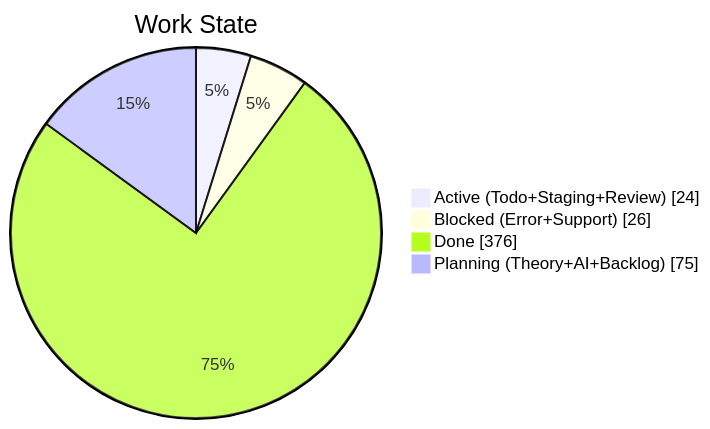
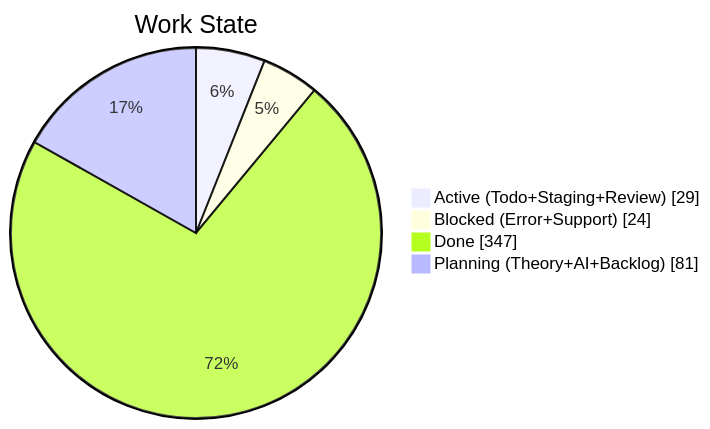
The second of 4 diagrams in apps/kbve/astro-kbve/src/content/docs/dashboard/kanban-data.mdx (KBVE/kbve), drawn with Mermaid before and after one commit. The commit also changed other lines of this file and 8 other files, not shown here.

````diff
--- a/apps/kbve/astro-kbve/src/content/docs/dashboard/kanban-data.mdx
+++ b/apps/kbve/astro-kbve/src/content/docs/dashboard/kanban-data.mdx
@@ -68,8 +68,8 @@
 ```mermaid
 pie showData
     title Work State
-    "Active (Todo+Staging+Review)" : 24
-    "Blocked (Error+Support)" : 26
-    "Done" : 376
-    "Planning (Theory+AI+Backlog)" : 75
+    "Active (Todo+Staging+Review)" : 29
+    "Blocked (Error+Support)" : 24
+    "Done" : 347
+    "Planning (Theory+AI+Backlog)" : 81
 ```
````
